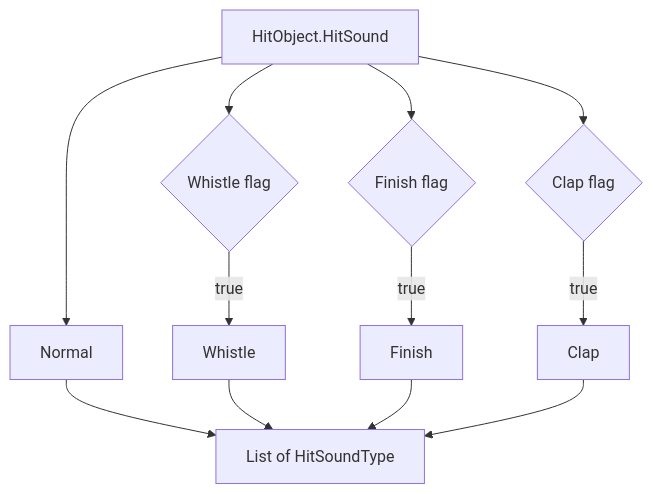
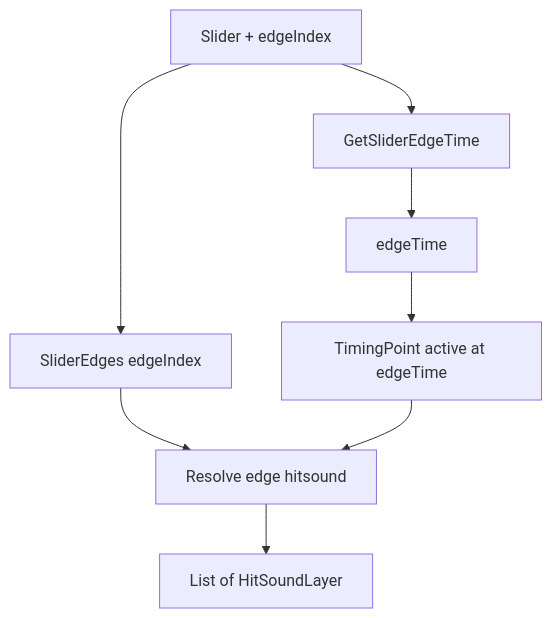
The eighth of 11 diagrams in docs/architecture.md (FAJIFBEFJHA/osu-hitsound-editor), drawn with Mermaid before and after one commit. The commit also changed other lines of this file and 16 other files, not shown here.

````diff
--- a/docs/architecture.md
+++ b/docs/architecture.md
@@ -244,18 +493,13 @@
 ```mermaid
 flowchart TD
 
-    A[HitObject.HitSound] --> B[Normal]
+    A[Slider + edgeIndex] --> B[GetSliderEdgeTime]
+    B --> C[edgeTime]
 
-    A --> C{Whistle flag}
-    A --> D{Finish flag}
-    A --> E{Clap flag}
+    A --> D[SliderEdges edgeIndex]
+    C --> E[TimingPoint active at edgeTime]
+    D --> F[Resolve edge hitsound]
+    E --> F
 
-    C -->|true| F[Whistle]
-    D -->|true| G[Finish]
-    E -->|true| H[Clap]
-
-    B --> I[List of HitSoundType]
-    F --> I
-    G --> I
-    H --> I
+    F --> G[List of HitSoundLayer]
 ```
````
